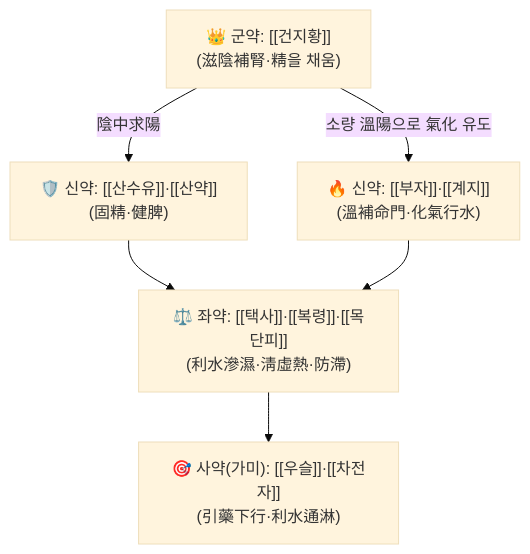
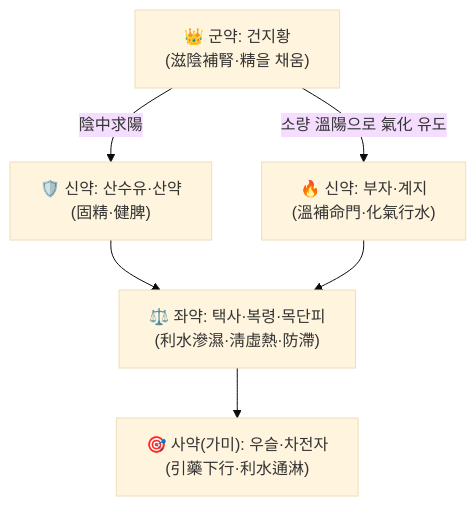
The diagram in content/2. 약리 공부/처방/02_보익제/금궤신기환.md (simbio11/simbio-digital-garden2), drawn with Mermaid (base theme) before and after one commit. The commit also changed other lines of this file and 323 other files, not shown here.

````diff
--- a/content/2. 약리 공부/처방/02_보익제/금궤신기환.md
+++ b/content/2. 약리 공부/처방/02_보익제/금궤신기환.md
@@ -63,8 +63,8 @@
 ```mermaid
 graph TD
-    Gun["👑 군약: [[건지황]]<br>(滋陰補腎·精을 채움)"] -->|陰中求陽| Sin1["🛡️ 신약: [[산수유]]·[[산약]]<br>(固精·健脾)"]
-    Gun -->|소량 溫陽으로 氣化 유도| Sin2["🔥 신약: [[부자]]·[[계지]]<br>(溫補命門·化氣行水)"]
-    Sin1 --> Jwa["⚖️ 좌약: [[택사]]·[[복령]]·[[목단피]]<br>(利水滲濕·淸虛熱·防滯)"]
+    Gun["👑 군약: 건지황<br>(滋陰補腎·精을 채움)"] -->|陰中求陽| Sin1["🛡️ 신약: 산수유·산약<br>(固精·健脾)"]
+    Gun -->|소량 溫陽으로 氣化 유도| Sin2["🔥 신약: 부자·계지<br>(溫補命門·化氣行水)"]
+    Sin1 --> Jwa["⚖️ 좌약: 택사·복령·목단피<br>(利水滲濕·淸虛熱·防滯)"]
     Sin2 --> Jwa
-    Jwa --> Sa["🎯 사약(가미): [[우슬]]·[[차전자]]<br>(引藥下行·利水通淋)"]
+    Jwa --> Sa["🎯 사약(가미): 우슬·차전자<br>(引藥下行·利水通淋)"]
 ```
````
